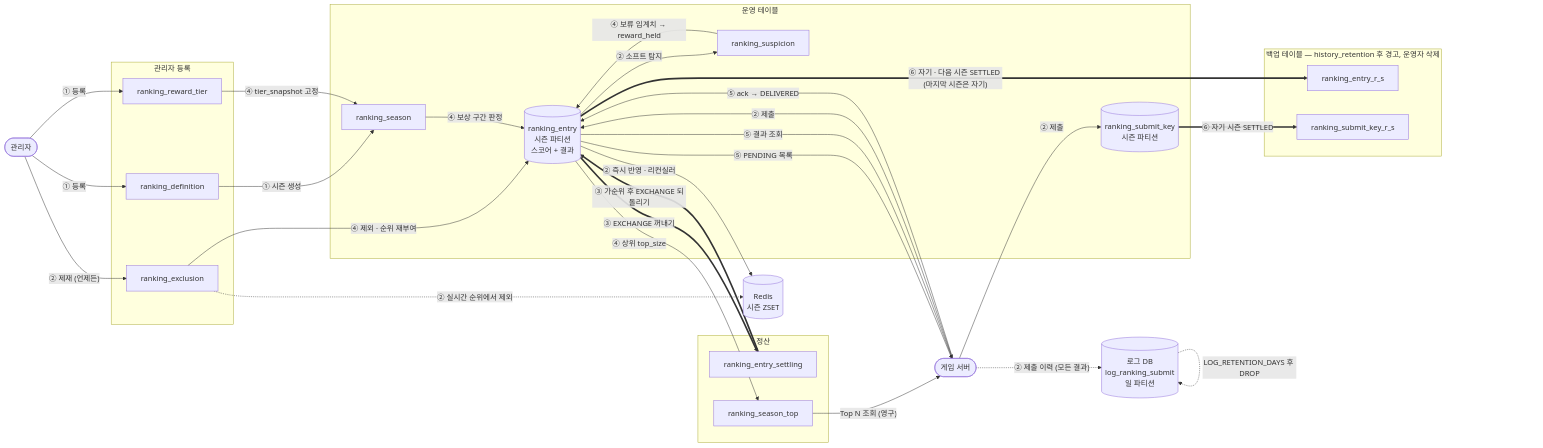
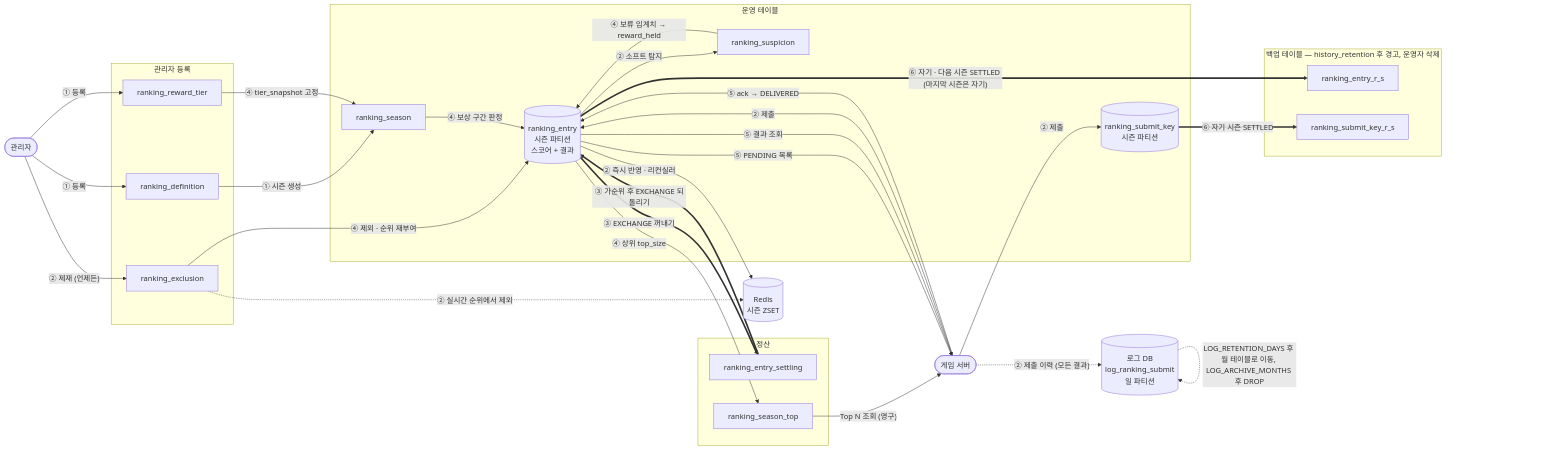
Before and after one commit to trisakion0500/podium-de: the fifth of 6 diagrams in docs/04_SCHEMA.md, drawn with Mermaid. The commit also changed other lines of this file and 21 other files, not shown here.

````diff
--- a/docs/04_SCHEMA.md
+++ b/docs/04_SCHEMA.md
@@ -247,54 +249,54 @@
 ```mermaid
 flowchart LR
     GM([관리자])
     GS([게임 서버])
 
     subgraph ADMIN[관리자 등록]
         DEF[ranking_definition]
         TIER[ranking_reward_tier]
         EXC[ranking_exclusion]
     end
 
     subgraph LIVE[운영 테이블]
         SEA[ranking_season]
         KEY[("ranking_submit_key<br/>시즌 파티션")]
         ENT[("ranking_entry<br/>시즌 파티션<br/>스코어 + 결과")]
         SUS[ranking_suspicion]
     end
 
     RD[("Redis<br/>시즌 ZSET")]
     SLOG[("로그 DB<br/>log_ranking_submit<br/>일 파티션")]
 
     subgraph RESULT[정산]
         STL[ranking_entry_settling]
         HALL[ranking_season_top]
     end
 
     subgraph BACKUP[백업 테이블 — history_retention 후 경고, 운영자 삭제]
         EB[ranking_entry_r_s]
         KB[ranking_submit_key_r_s]
     end
 
     GM -- "① 등록" --> DEF & TIER
     DEF -- "① 시즌 생성" --> SEA
     GS -- "② 제출" --> KEY & ENT
     GS -. "② 제출 이력 (모든 결과)" .-> SLOG
-    SLOG -. "LOG_RETENTION_DAYS 후 DROP" .-> SLOG
+    SLOG -. "LOG_RETENTION_DAYS 후 월 테이블로 이동, LOG_ARCHIVE_MONTHS 후 DROP" .-> SLOG
     ENT -- "② 즉시 반영 · 리컨실러" --> RD
     ENT -- "② 소프트 탐지" --> SUS
     GM -- "② 제재 (언제든)" --> EXC
     EXC -. "② 실시간 순위에서 제외" .-> RD
     ENT == "③ EXCHANGE 꺼내기" ==> STL
     STL == "③ 가순위 후 EXCHANGE 되돌리기" ==> ENT
     TIER -- "④ tier_snapshot 고정" --> SEA
     EXC -- "④ 제외 · 순위 재부여" --> ENT
     SEA -- "④ 보상 구간 판정" --> ENT
     SUS -- "④ 보류 임계치 → reward_held" --> ENT
     ENT -- "④ 상위 top_size" --> HALL
     ENT -- "⑤ PENDING 목록" --> GS
     GS -- "⑤ ack → DELIVERED" --> ENT
     ENT -- "⑤ 결과 조회" --> GS
     HALL -- "Top N 조회 (영구)" --> GS
     KEY == "⑥ 자기 시즌 SETTLED" ==> KB
     ENT == "⑥ 자기 · 다음 시즌 SETTLED (마지막 시즌은 자기)" ==> EB
 ```
````
